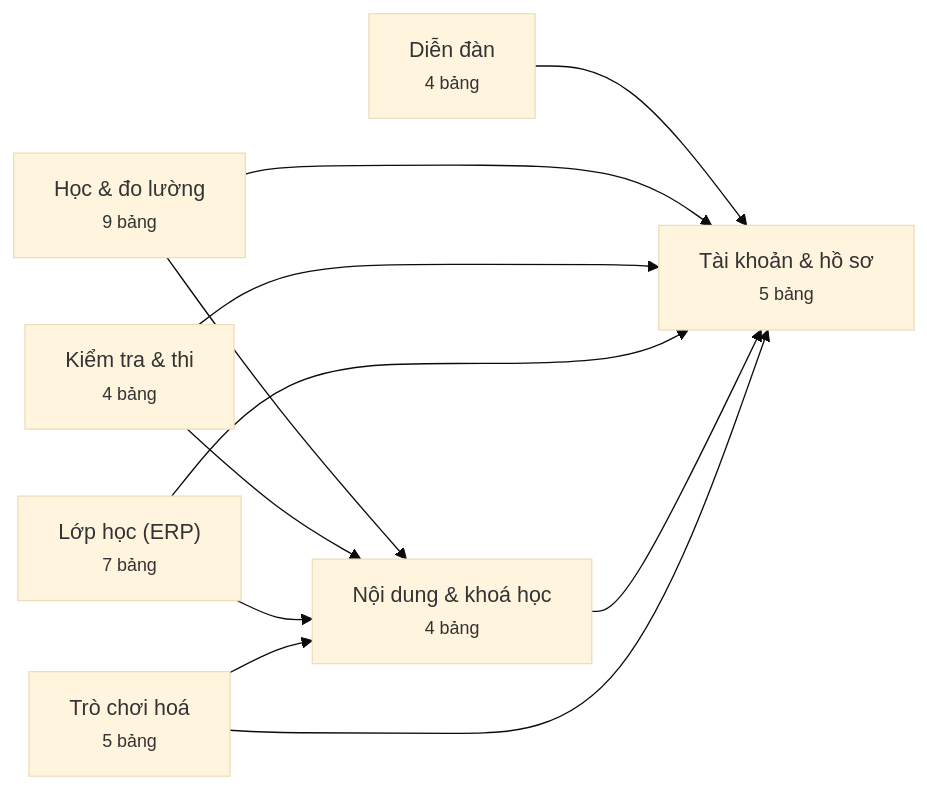
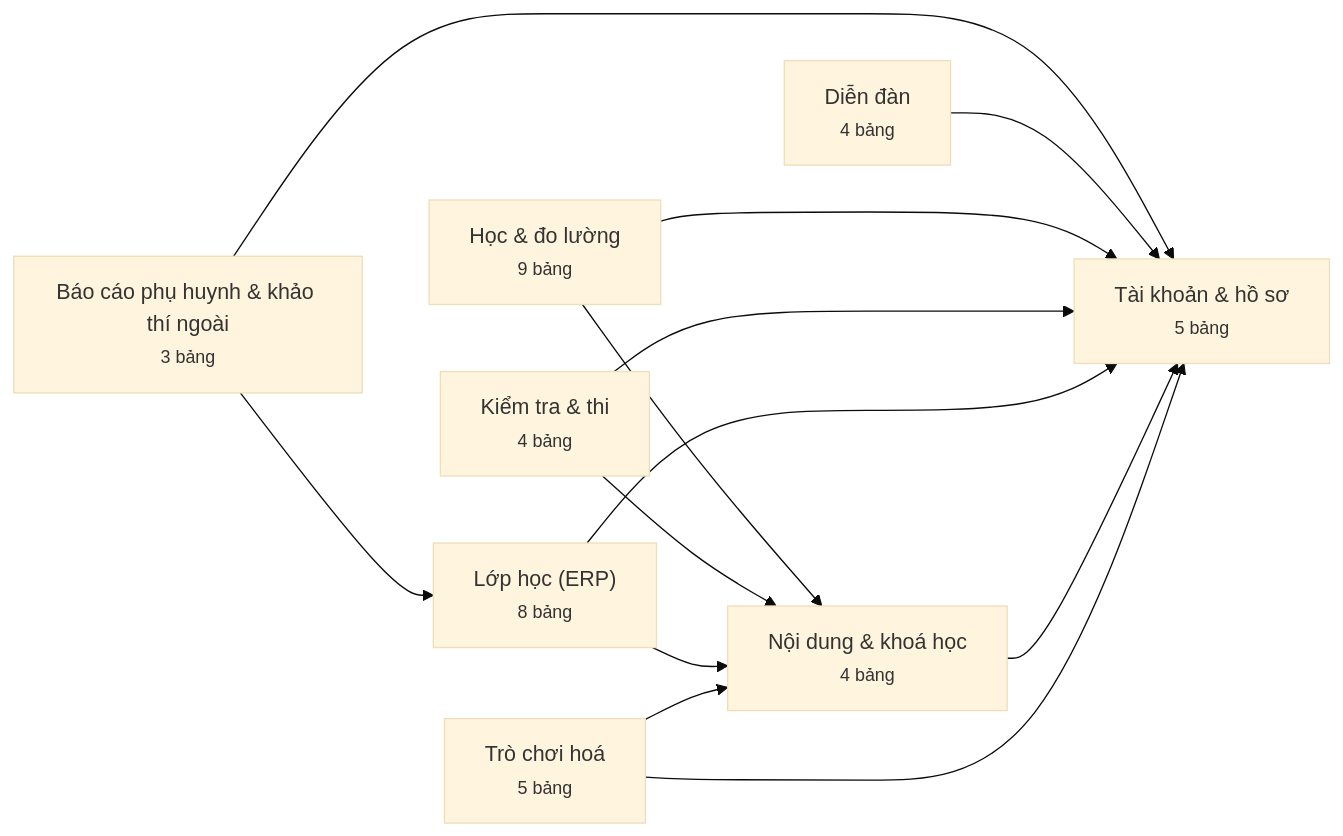
The first of 9 diagrams in docs/KIEN_TRUC/ERD.md (PCBoiz/PE_hsa), drawn with Mermaid (base theme) before and after one commit. The commit also changed other lines of this file and 6 other files, not shown here.

````diff
--- a/docs/KIEN_TRUC/ERD.md
+++ b/docs/KIEN_TRUC/ERD.md
@@ -11,20 +11,23 @@
 ```mermaid
 flowchart LR
   M1["Tài khoản & hồ sơ<br/><small>5 bảng</small>"]
   M2["Nội dung & khoá học<br/><small>4 bảng</small>"]
   M3["Học & đo lường<br/><small>9 bảng</small>"]
   M4["Kiểm tra & thi<br/><small>4 bảng</small>"]
   M5["Trò chơi hoá<br/><small>5 bảng</small>"]
-  M6["Lớp học (ERP)<br/><small>7 bảng</small>"]
-  M7["Diễn đàn<br/><small>4 bảng</small>"]
+  M6["Lớp học (ERP)<br/><small>8 bảng</small>"]
+  M7["Báo cáo phụ huynh & khảo thí ngoài<br/><small>3 bảng</small>"]
+  M8["Diễn đàn<br/><small>4 bảng</small>"]
+  M7 --> M6
   M7 --> M1
+  M8 --> M1
   M3 --> M2
   M3 --> M1
   M4 --> M2
   M4 --> M1
   M6 --> M2
   M6 --> M1
   M2 --> M1
   M5 --> M2
   M5 --> M1
 ```
````
